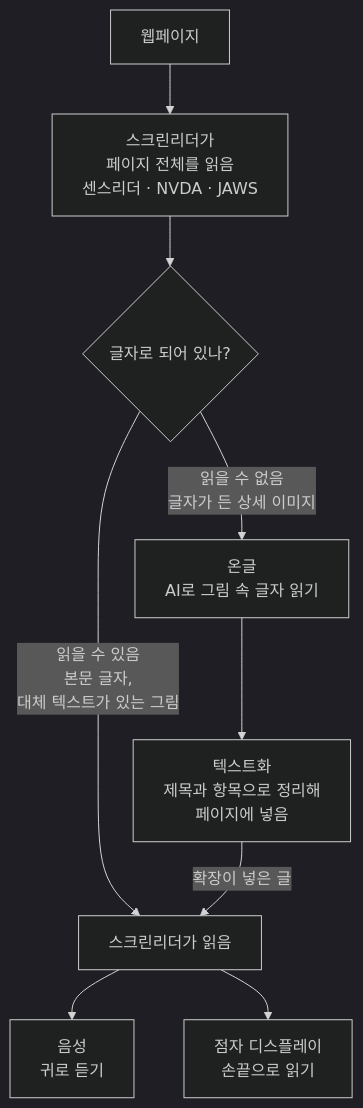
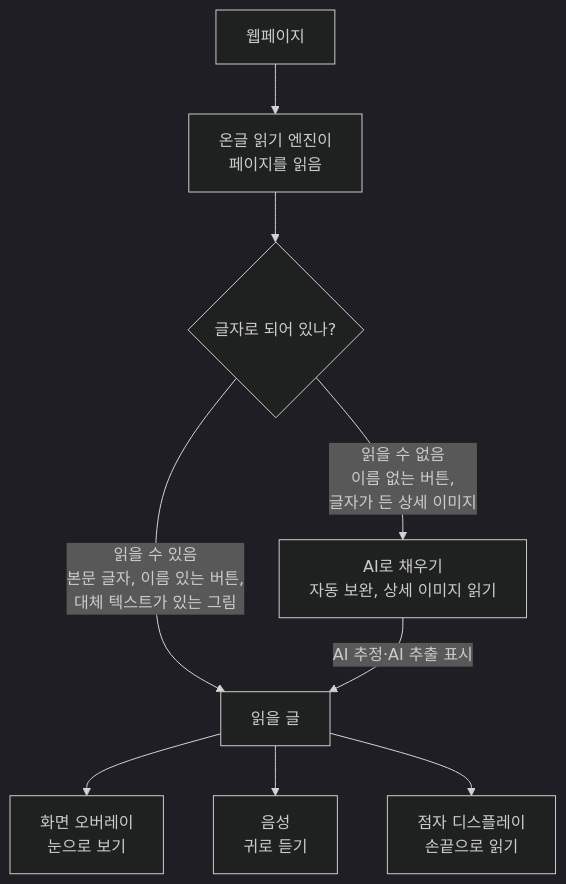
The diagram in README.md (SSUmart/SSUcreamMaker), drawn with Mermaid (dark theme) before and after one commit. The commit also changed other lines of this file and 49 other files, not shown here.

````diff
--- a/README.md
+++ b/README.md
@@ -31,11 +50,11 @@
 ```mermaid
 flowchart TD
-    page["웹페이지"] --> scan["스크린리더가<br/>페이지 전체를 읽음<br/>센스리더 · NVDA · JAWS"]
+    page["웹페이지"] --> scan["온글 읽기 엔진이<br/>페이지를 읽음"]
     scan --> check{"글자로 되어 있나?"}
-    check -- "읽을 수 있음<br/>본문 글자,<br/>대체 텍스트가 있는 그림" --> read["스크린리더가 읽음"]
-    check -- "읽을 수 없음<br/>글자가 든 상세 이미지" --> ai["온글<br/>AI로 그림 속 글자 읽기"]
-    ai --> text["텍스트화<br/>제목과 항목으로 정리해<br/>페이지에 넣음"]
-    text -- "확장이 넣은 글" --> read
+    check -- "읽을 수 있음<br/>본문 글자, 이름 있는 버튼,<br/>대체 텍스트가 있는 그림" --> read["읽을 글"]
+    check -- "읽을 수 없음<br/>이름 없는 버튼,<br/>글자가 든 상세 이미지" --> ai["AI로 채우기<br/>자동 보완, 상세 이미지 읽기"]
+    ai -- "AI 추정·AI 추출 표시" --> read
+    read --> overlay["화면 오버레이<br/>눈으로 보기"]
     read --> voice["음성<br/>귀로 듣기"]
     read --> braille["점자 디스플레이<br/>손끝으로 읽기"]
 ```
````
